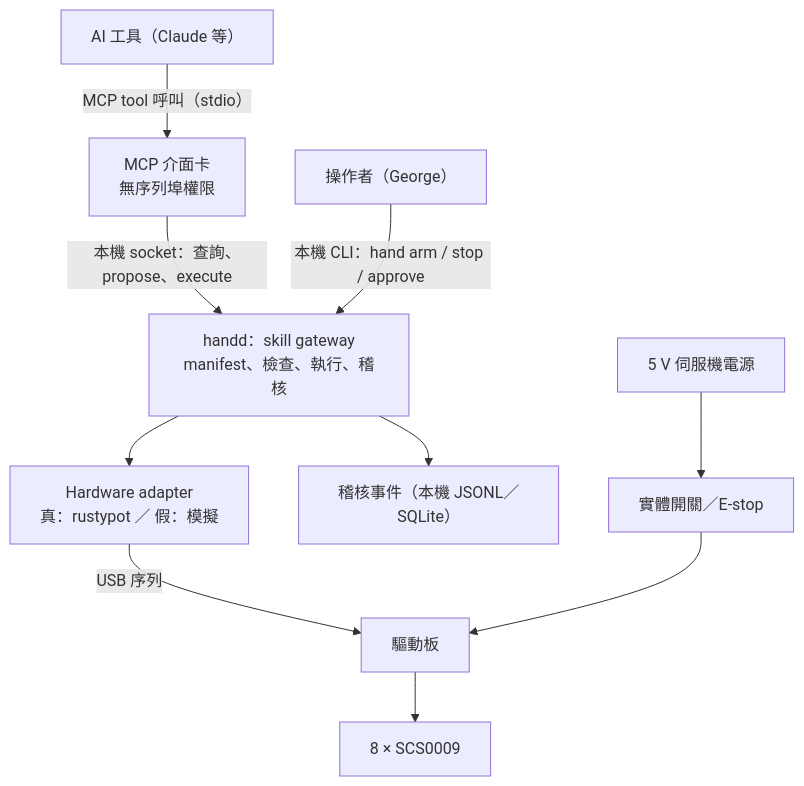
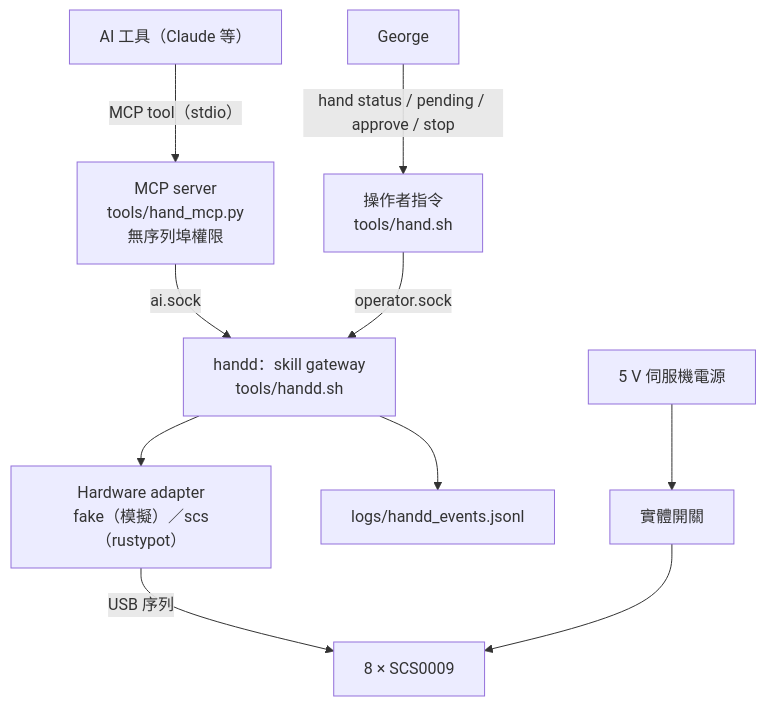
One commit to pcpcchen-coder/this-is-yourX changed the diagram in right_hand/docs/hand_api_design.md. Above: the diagram before and after it, drawn with Mermaid. The commit also changed other lines of this file and 21 other files, not shown here.

First line of the commit message:
right_hand: hand_api P1+P2 (manifest, adapters, gateway, handd, hand CLI, MCP server)

````diff
--- a/right_hand/docs/hand_api_design.md
+++ b/right_hand/docs/hand_api_design.md
@@ -19,10 +16,11 @@
 ```mermaid
 flowchart TB
-    AI["AI 工具（Claude 等）"] -->|"MCP tool 呼叫（stdio）"| MCP["MCP 介面卡<br/>無序列埠權限"]
-    OP["操作者（George）"] -->|"本機 CLI：hand arm / stop / approve"| HANDD
-    MCP -->|"本機 socket：查詢、propose、execute"| HANDD["handd：skill gateway<br/>manifest、檢查、執行、稽核"]
-    HANDD --> ADP["Hardware adapter<br/>真：rustypot ／ 假：模擬"]
-    ADP -->|"USB 序列"| BRD["驅動板"] --> SERVO["8 × SCS0009"]
-    PWR["5 V 伺服機電源"] --> SW["實體開關／E-stop"] --> BRD
-    HANDD --> LOG["稽核事件（本機 JSONL／SQLite）"]
+    AI["AI 工具（Claude 等）"] -->|"MCP tool（stdio）"| MCP["MCP server<br/>tools/hand_mcp.py<br/>無序列埠權限"]
+    OP["George"] -->|"hand status / pending / approve / stop"| CLI["操作者指令<br/>tools/hand.sh"]
+    MCP -->|"ai.sock"| HANDD["handd：skill gateway<br/>tools/handd.sh"]
+    CLI -->|"operator.sock"| HANDD
+    HANDD --> ADP["Hardware adapter<br/>fake（模擬）／scs（rustypot）"]
+    ADP -->|"USB 序列"| SERVO["8 × SCS0009"]
+    PWR["5 V 伺服機電源"] --> SW["實體開關"] --> SERVO
+    HANDD --> LOG["logs/handd_events.jsonl"]
 ```
````
